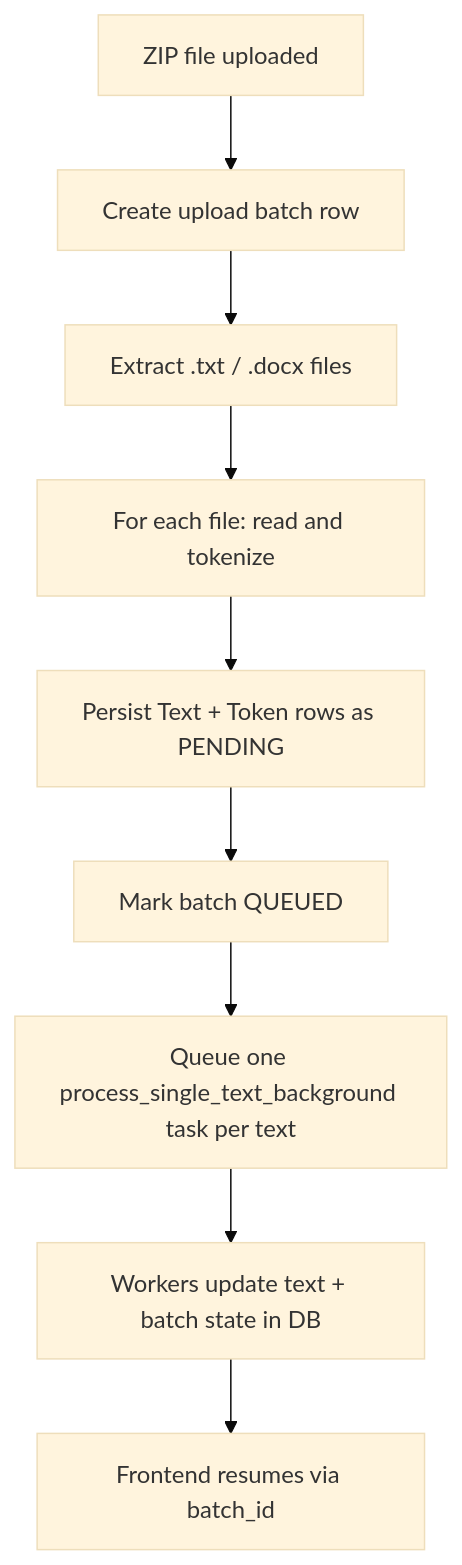
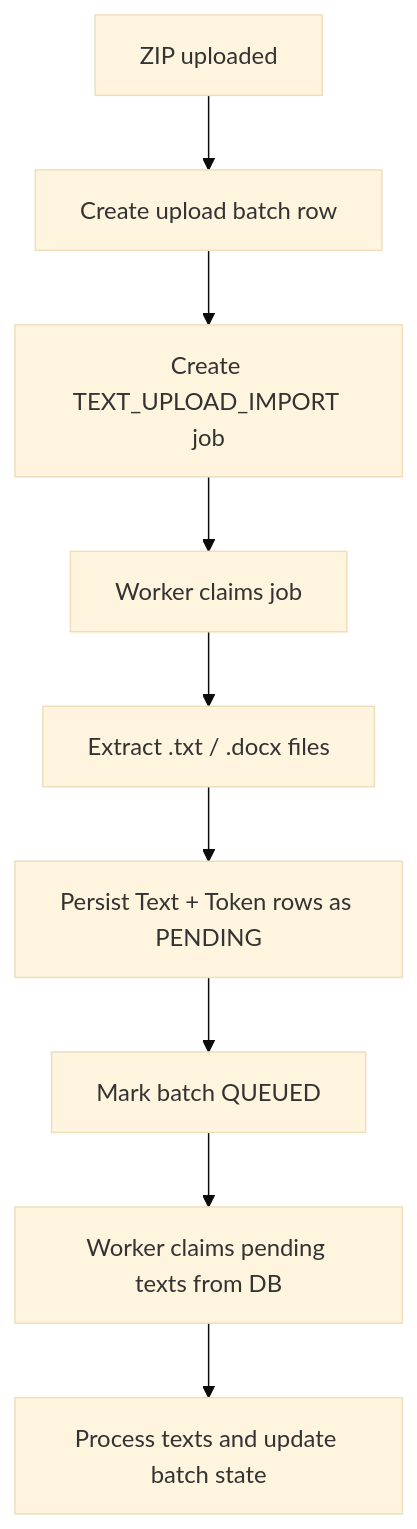
One commit to jhssilv/corcel-platform changed the second of 3 diagrams in api/docs/async-tasks.md. Above: the diagram before and after it, drawn with Mermaid (base theme). The commit also changed other lines of this file and 9 other files, not shown here.

````diff
--- a/api/docs/async-tasks.md
+++ b/api/docs/async-tasks.md
@@ -69,11 +65,11 @@
 ```mermaid
 flowchart TD
-    A["ZIP file uploaded"] --> B["Create upload batch row"]
-    B --> C["Extract .txt / .docx files"]
-    C --> D["For each file: read and tokenize"]
-    D --> E["Persist Text + Token rows as PENDING"]
-    E --> F["Mark batch QUEUED"]
-    F --> G["Queue one process_single_text_background task per text"]
-    G --> H["Workers update text + batch state in DB"]
-    H --> I["Frontend resumes via batch_id"]
+    A["ZIP uploaded"] --> B["Create upload batch row"]
+    B --> C["Create TEXT_UPLOAD_IMPORT job"]
+    C --> D["Worker claims job"]
+    D --> E["Extract .txt / .docx files"]
+    E --> F["Persist Text + Token rows as PENDING"]
+    F --> G["Mark batch QUEUED"]
+    G --> H["Worker claims pending texts from DB"]
+    H --> I["Process texts and update batch state"]
 ```
````
